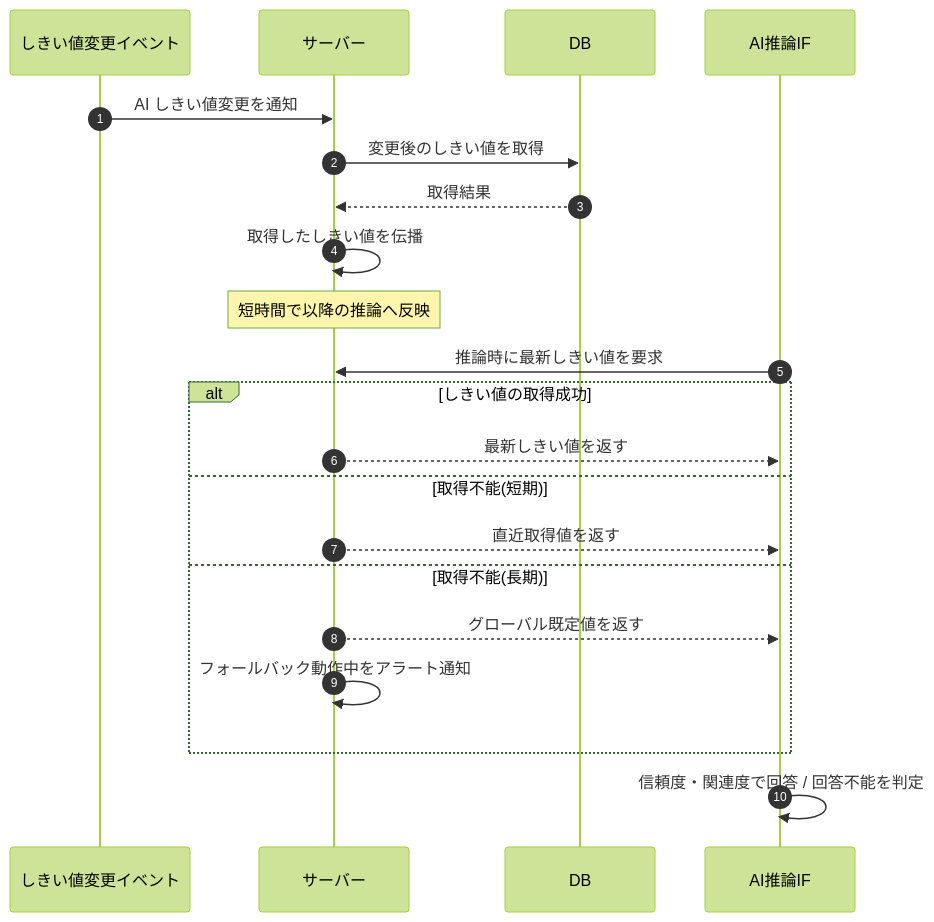
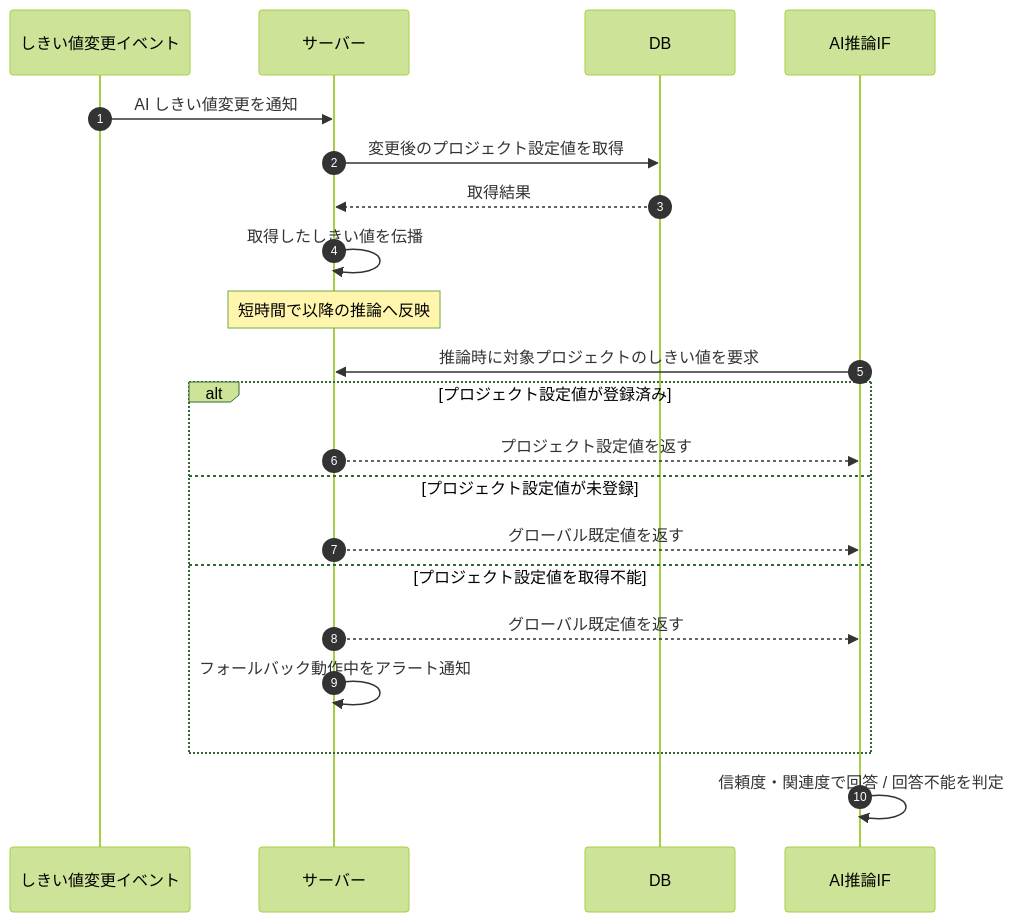
Before and after one commit to sikakou54/open-faq: the diagram in 02_basic_design/03_sequences/SEQ-102.md, drawn with Mermaid (forest theme). The commit also changed other lines of this file and 30 other files, not shown here.

````diff
--- a/02_basic_design/03_sequences/SEQ-102.md
+++ b/02_basic_design/03_sequences/SEQ-102.md
@@ -15,23 +15,23 @@
 ```mermaid
 sequenceDiagram
   autonumber
   participant E as しきい値変更イベント
   participant Server as サーバー
   participant DB as DB
   participant AI as AI推論IF
   E->>Server: AI しきい値変更を通知
-  Server->>DB: 変更後のしきい値を取得
+  Server->>DB: 変更後のプロジェクト設定値を取得
   DB-->>Server: 取得結果
   Server->>Server: 取得したしきい値を伝播
   Note over Server: 短時間で以降の推論へ反映
-  AI->>Server: 推論時に最新しきい値を要求
-  alt しきい値の取得成功
-    Server-->>AI: 最新しきい値を返す
-  else 取得不能(短期)
-    Server-->>AI: 直近取得値を返す
-  else 取得不能(長期)
+  AI->>Server: 推論時に対象プロジェクトのしきい値を要求
+  alt プロジェクト設定値が登録済み
+    Server-->>AI: プロジェクト設定値を返す
+  else プロジェクト設定値が未登録
+    Server-->>AI: グローバル既定値を返す
+  else プロジェクト設定値を取得不能
     Server-->>AI: グローバル既定値を返す
     Server->>Server: フォールバック動作中をアラート通知
   end
   AI->>AI: 信頼度・関連度で回答 / 回答不能を判定
 ```
````
